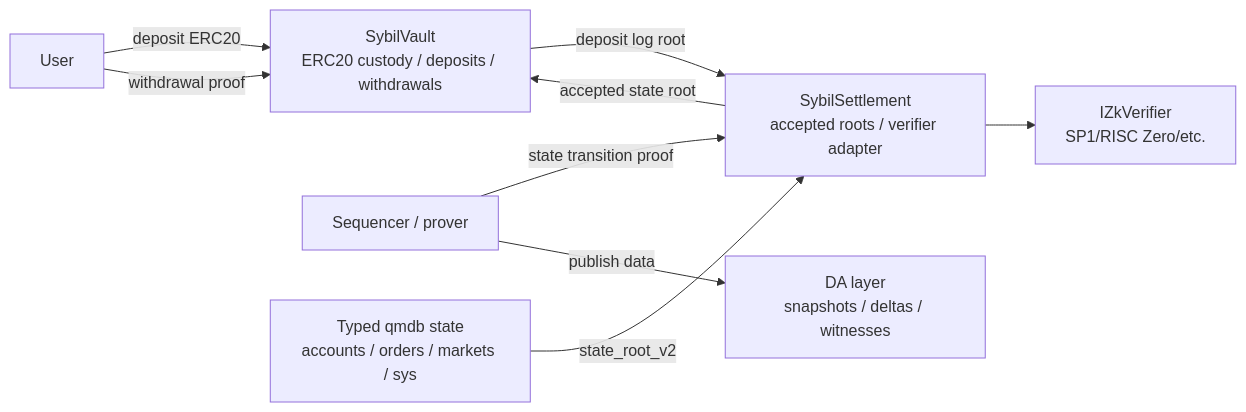
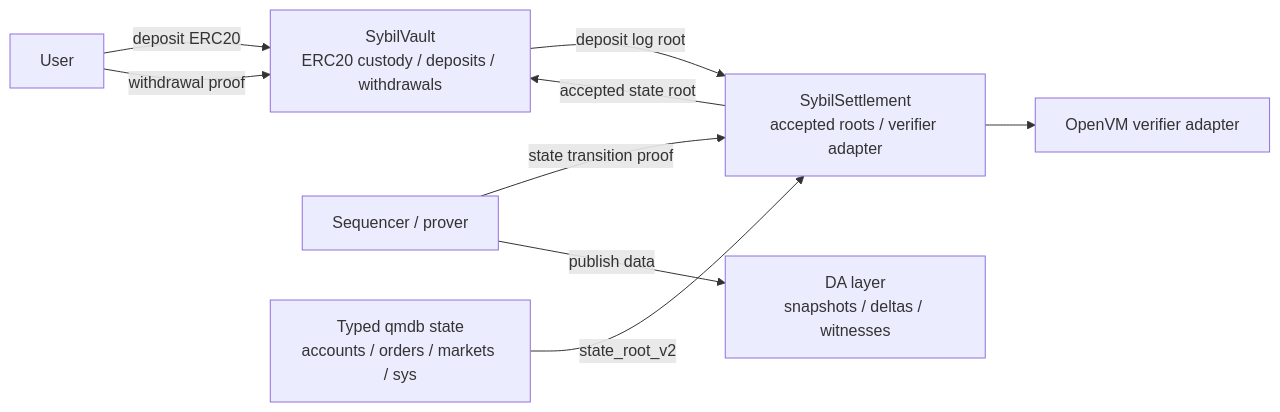
One commit to MetaB0y/sybil changed the diagram in docs/architecture/L1 Settlement and Vault.md. Above: the diagram before and after it, drawn with Mermaid. The commit also changed other lines of this file and 3 other files, not shown here.

````diff
--- a/docs/architecture/L1 Settlement and Vault.md
+++ b/docs/architecture/L1 Settlement and Vault.md
@@ -40,19 +45,19 @@
 ```mermaid
 flowchart LR
     USER["User"]
     VAULT["SybilVault<br/>ERC20 custody / deposits / withdrawals"]
     SETTLEMENT["SybilSettlement<br/>accepted roots / verifier adapter"]
-    VERIFIER["IZkVerifier<br/>SP1/RISC Zero/etc."]
+    VERIFIER["OpenVM verifier adapter"]
     SEQ["Sequencer / prover"]
     STATE["Typed qmdb state<br/>accounts / orders / markets / sys"]
     DA["DA layer<br/>snapshots / deltas / witnesses"]
 
     USER -->|"deposit ERC20"| VAULT
     VAULT -->|"deposit log root"| SETTLEMENT
     SEQ -->|"state transition proof"| SETTLEMENT
     SETTLEMENT --> VERIFIER
     SETTLEMENT -->|"accepted state root"| VAULT
     USER -->|"withdrawal proof"| VAULT
     SEQ -->|"publish data"| DA
     STATE -->|"state_root_v2"| SETTLEMENT
 ```
````
